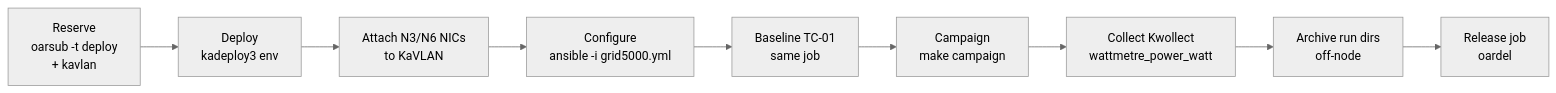
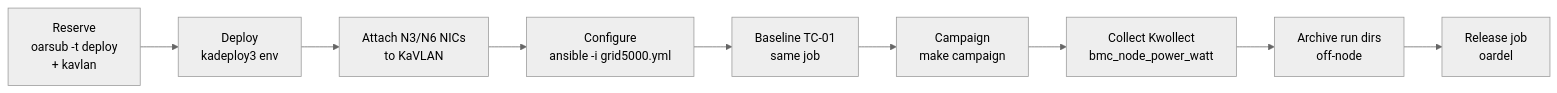
One commit to BryanTxz10/watts-per-gigabit changed the diagram in docs/figures/grid5000-workflow.mmd. Above: the diagram before and after it, drawn with Mermaid (neutral theme). The commit also changed 15 other files, not shown here.

First line of the commit message:
Restrict Grid'5000 node selection to three-interface clusters; fix paper timeline

```diff
--- a/docs/figures/grid5000-workflow.mmd
+++ b/docs/figures/grid5000-workflow.mmd
@@ -1,10 +1,10 @@
 %% Grid'5000 campaign workflow (docs/methodology.md, section 3).
 flowchart LR
   R["Reserve<br/>oarsub -t deploy<br/>+ kavlan"] --> D["Deploy<br/>kadeploy3 env"]
   D --> V["Attach N3/N6 NICs<br/>to KaVLAN"]
   V --> C["Configure<br/>ansible -i grid5000.yml"]
   C --> B["Baseline TC-01<br/>same job"]
   B --> M["Campaign<br/>make campaign"]
-  M --> K["Collect Kwollect<br/>wattmetre_power_watt"]
+  M --> K["Collect Kwollect<br/>bmc_node_power_watt"]
   K --> X["Archive run dirs<br/>off-node"]
   X --> E["Release job<br/>oardel"]
```
